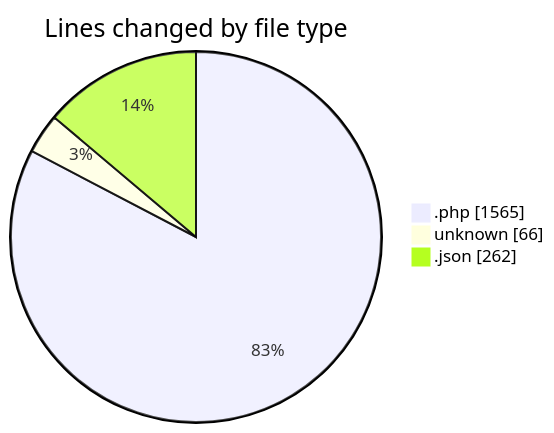
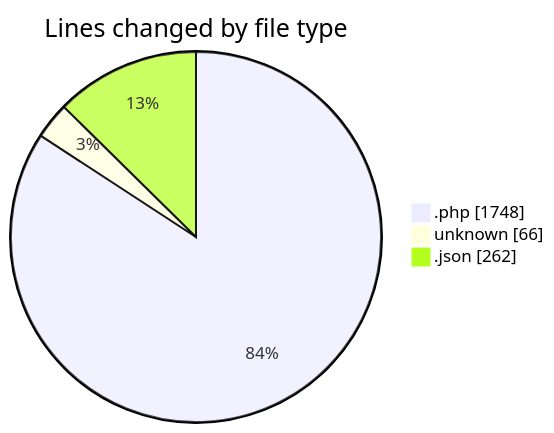
One commit to idhammustaqopulfikri/code-tracking changed the first of 2 diagrams in 2025-10-05/lapangan-futsal/README.md. Above: the diagram before and after it, drawn with Mermaid. The commit also changed other lines of this file and 1 other file, not shown here.

````diff
--- a/2025-10-05/lapangan-futsal/README.md
+++ b/2025-10-05/lapangan-futsal/README.md
@@ -39,7 +41,7 @@
 ```mermaid
 pie showData
 title Lines changed by file type
-".php" : 1565
+".php" : 1748
 "unknown" : 66
 ".json" : 262
 ```
````
